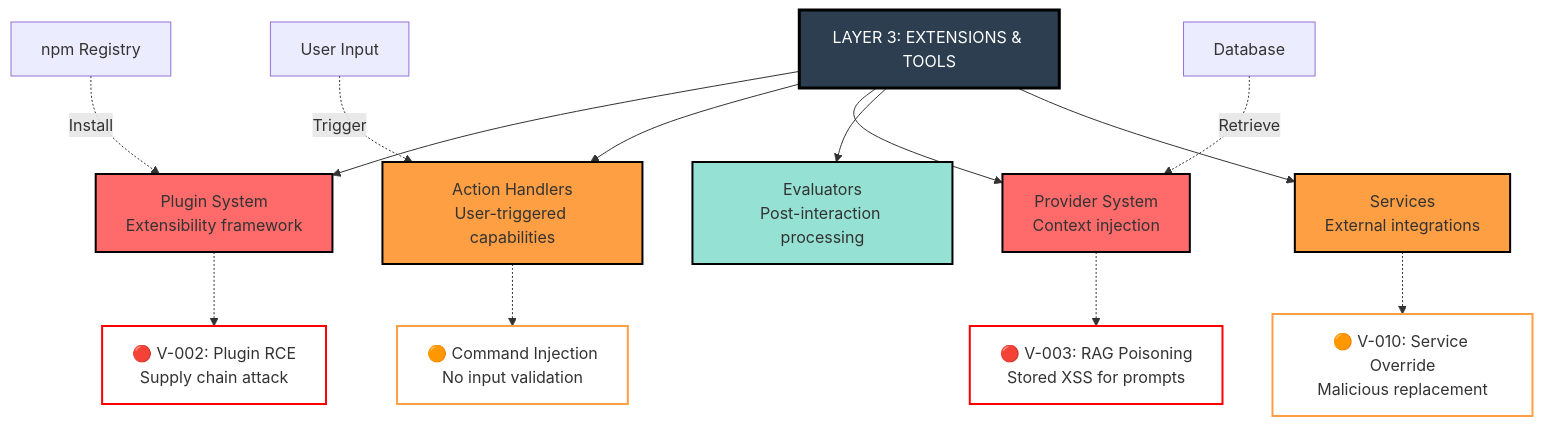
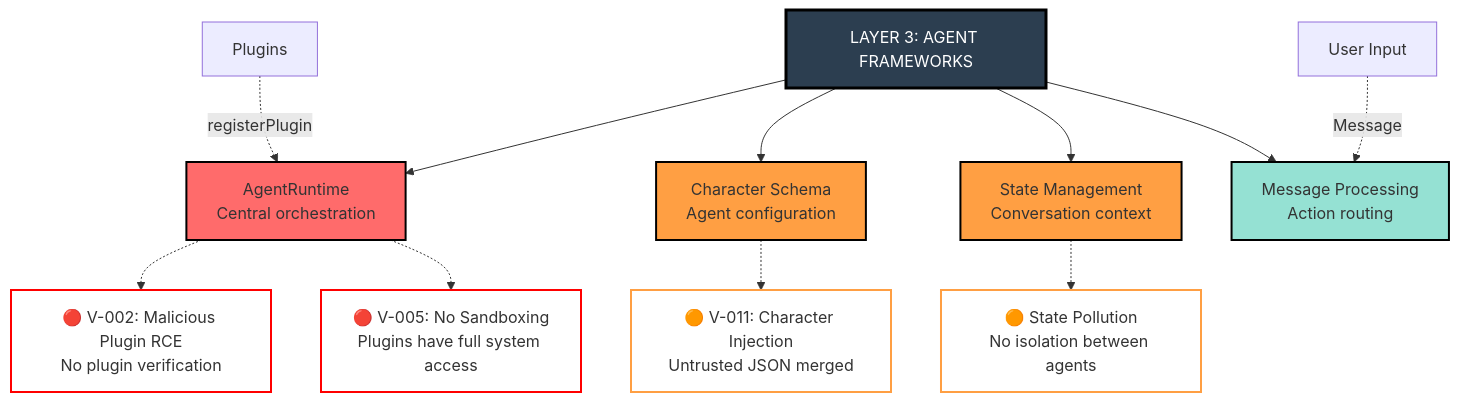
Before and after one commit to mondweep/agentic-ai-security-demo-rela8group-ciso-london-summit: the fifth of 11 diagrams in presentation/assets/maestro-framework-visual.md, drawn with Mermaid. The commit also changed other lines of this file and 16 other files, not shown here.

````diff
--- a/presentation/assets/maestro-framework-visual.md
+++ b/presentation/assets/maestro-framework-visual.md
@@ -205,30 +207,27 @@
 ```mermaid
 graph TD
-    L3[LAYER 3: EXTENSIONS & TOOLS]
+    L3[LAYER 3: AGENT FRAMEWORKS]
 
-    L3 --> C1[Plugin System<br/>Extensibility framework]
-    L3 --> C2[Action Handlers<br/>User-triggered capabilities]
-    L3 --> C3[Provider System<br/>Context injection]
-    L3 --> C4[Evaluators<br/>Post-interaction processing]
-    L3 --> C5[Services<br/>External integrations]
+    L3 --> C1[AgentRuntime<br/>Central orchestration]
+    L3 --> C2[Character Schema<br/>Agent configuration]
+    L3 --> C3[State Management<br/>Conversation context]
+    L3 --> C4[Message Processing<br/>Action routing]
 
-    C1 -.-> V1["🔴 V-002: Plugin RCE<br/>Supply chain attack"]
-    C2 -.-> V2["🟠 Command Injection<br/>No input validation"]
-    C3 -.-> V3["🔴 V-003: RAG Poisoning<br/>Stored XSS for prompts"]
-    C5 -.-> V4["🟠 V-010: Service Override<br/>Malicious replacement"]
+    C1 -.-> V1["🔴 V-002: Malicious Plugin RCE<br/>No plugin verification"]
+    C1 -.-> V2["🔴 V-005: No Sandboxing<br/>Plugins have full system access"]
+    C2 -.-> V3["🟠 V-011: Character Injection<br/>Untrusted JSON merged"]
+    C3 -.-> V4["🟠 State Pollution<br/>No isolation between agents"]
 
-    NPM[npm Registry] -.->|"Install"| C1
-    User[User Input] -.->|"Trigger"| C2
-    DB[Database] -.->|"Retrieve"| C3
+    P1[Plugins] -.->|"registerPlugin"| C1
+    U1[User Input] -.->|"Message"| C4
 
     style L3 fill:#2c3e50,stroke:#000,stroke-width:3px,color:#fff
     style C1 fill:#ff6b6b,stroke:#000,stroke-width:2px
     style C2 fill:#ff9f43,stroke:#000,stroke-width:2px
-    style C3 fill:#ff6b6b,stroke:#000,stroke-width:2px
+    style C3 fill:#ff9f43,stroke:#000,stroke-width:2px
     style C4 fill:#95e1d3,stroke:#000,stroke-width:2px
-    style C5 fill:#ff9f43,stroke:#000,stroke-width:2px
     style V1 fill:#fff,stroke:#ff0000,stroke-width:2px
-    style V2 fill:#fff,stroke:#ff9f43,stroke-width:2px
-    style V3 fill:#fff,stroke:#ff0000,stroke-width:2px
+    style V2 fill:#fff,stroke:#ff0000,stroke-width:2px
+    style V3 fill:#fff,stroke:#ff9f43,stroke-width:2px
     style V4 fill:#fff,stroke:#ff9f43,stroke-width:2px
 ```
````
